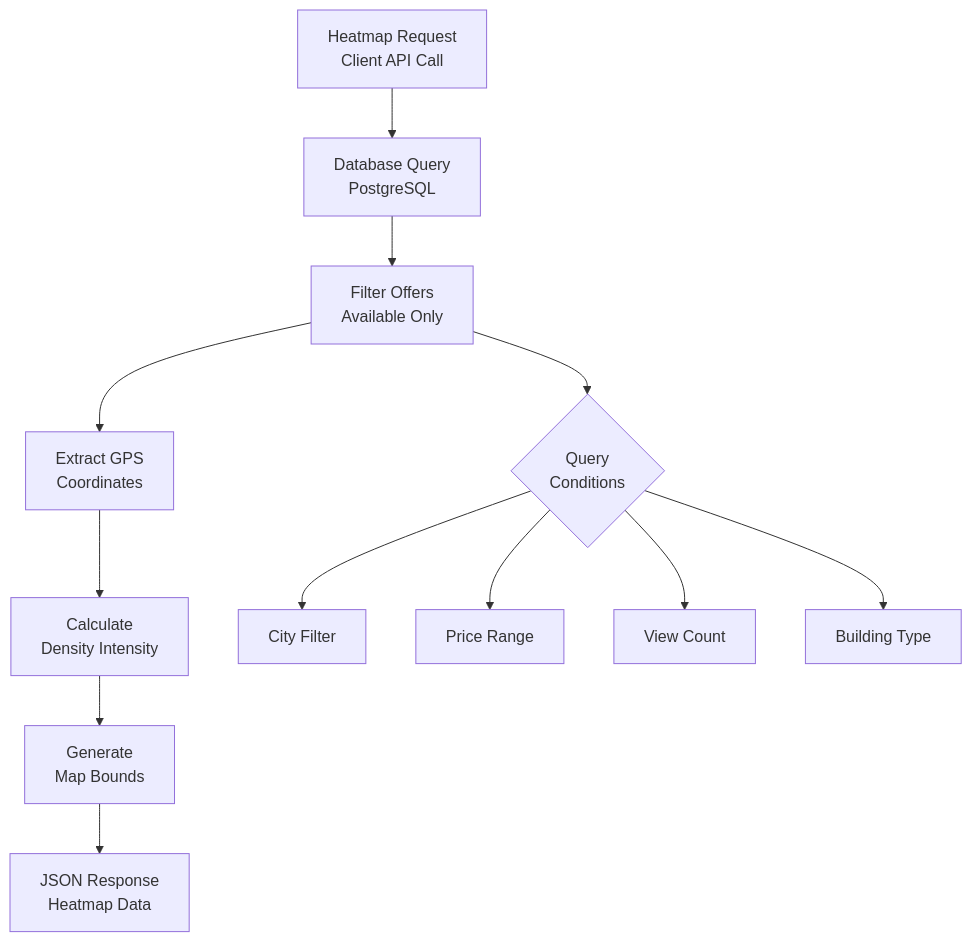
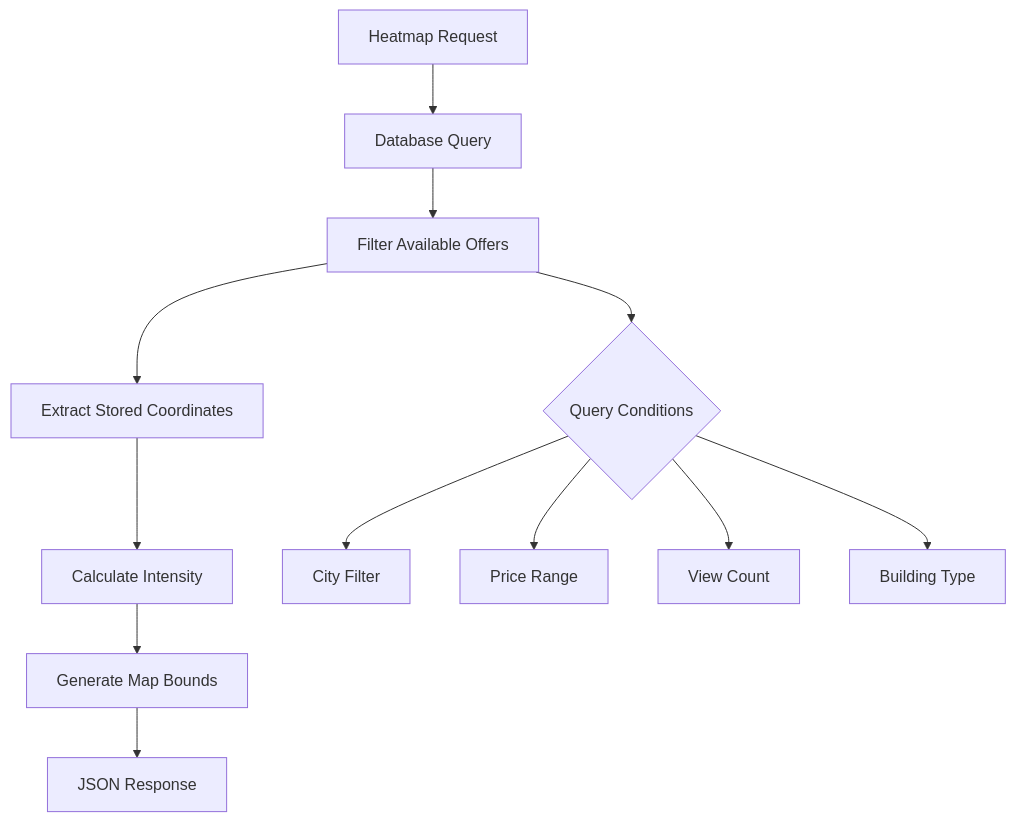
One commit to Mieszkaniownik/mieszkaniownik changed the seventh of 8 diagrams in README.md. Above: the diagram before and after it, drawn with Mermaid. The commit also changed other lines of this file and 3 other files, not shown here.

````diff
--- a/README.md
+++ b/README.md
@@ -457,26 +396,15 @@
 ```mermaid
 flowchart TD
-    REQUEST[Heatmap Request<br/>Client API Call]
-    QUERY[Database Query<br/>PostgreSQL]
-    FILTER[Filter Offers<br/>Available Only]
-    COORDS[Extract GPS<br/>Coordinates]
-    INTENSITY[Calculate<br/>Density Intensity]
-    BOUNDS[Generate<br/>Map Bounds]
-    RESPONSE[JSON Response<br/>Heatmap Data]
+    REQUEST[Heatmap Request] --> QUERY[Database Query]
+    QUERY --> FILTER[Filter Available Offers]
+    FILTER --> COORDS[Extract Stored Coordinates]
+    COORDS --> INTENSITY[Calculate Intensity]
+    INTENSITY --> BOUNDS[Generate Map Bounds]
+    BOUNDS --> RESPONSE[JSON Response]
 
-    CONDITIONS{Query<br/>Conditions}
-    CITY[City Filter]
-    PRICE[Price Range]
-    VIEWS[View Count]
-    TYPE[Building Type]
-
-    REQUEST --> QUERY
-    QUERY --> FILTER
-    FILTER --> COORDS
-    COORDS --> INTENSITY
-    INTENSITY --> BOUNDS
-    BOUNDS --> RESPONSE
-
-    FILTER --> CONDITIONS
-    CONDITIONS --> CITY & PRICE & VIEWS & TYPE
+    FILTER --> CONDITIONS{Query Conditions}
+    CONDITIONS --> CITY[City Filter]
+    CONDITIONS --> PRICE[Price Range]
+    CONDITIONS --> VIEWS[View Count]
+    CONDITIONS --> TYPE[Building Type]
 ```
````
